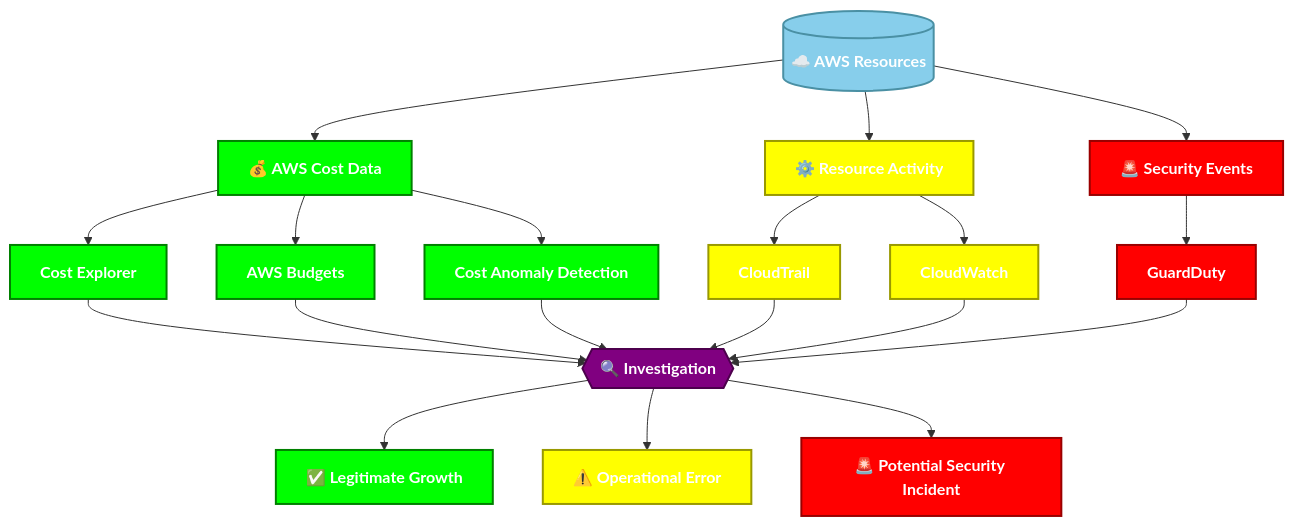
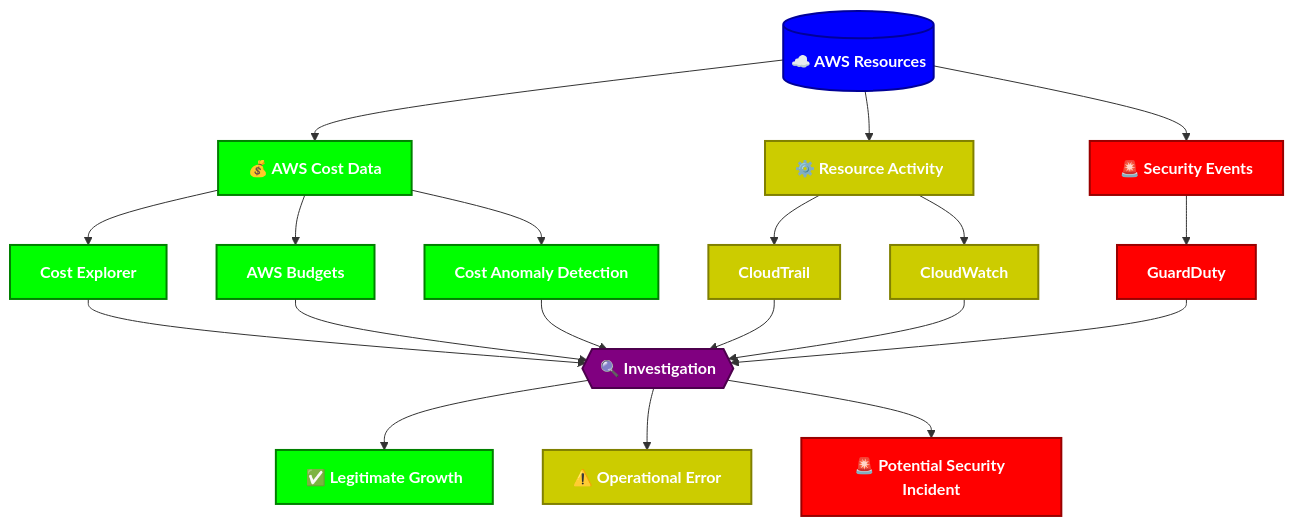
The diagram in 01 - AWS Cloud Cost Intelligence.md (mbeeudo/-oakforge-aws-cloud-transformation), drawn with Mermaid before and after one commit.

Commit message:
Update color styles in AWS Cloud Cost Intelligence

````diff
--- a/01 - AWS Cloud Cost Intelligence.md
+++ b/01 - AWS Cloud Cost Intelligence.md
@@ -32,41 +32,41 @@
 ```mermaid
 flowchart TD
     A[("☁️ AWS Resources")] --> B["💰 AWS Cost Data"]
     A --> C["⚙️ Resource Activity"]
     A --> D["🚨 Security Events"]
 
     B --> E["Cost Explorer"]
     B --> F["AWS Budgets"]
     B --> G["Cost Anomaly Detection"]
 
     C --> H["CloudTrail"]
     C --> I["CloudWatch"]
 
     D --> J["GuardDuty"]
 
     E --> K{{"🔍 Investigation"}}
     F --> K
     G --> K
     H --> K
     I --> K
     J --> K
 
     K --> L["✅ Legitimate Growth"]
     K --> M["⚠️ Operational Error"]
     K --> N["🚨 Potential Security Incident"]
 
-    style A fill:#87CEEB,stroke:#4a90a4,color:#ffffff,stroke-width:2px,font-weight:bold
+    style A fill:#0000FF,stroke:#000099,color:#ffffff,stroke-width:2px,font-weight:bold
     style B fill:#00FF00,stroke:#008000,color:#ffffff,stroke-width:2px,font-weight:bold
-    style C fill:#FFFF00,stroke:#999900,color:#ffffff,stroke-width:2px,font-weight:bold
+    style C fill:#CCCC00,stroke:#808000,color:#ffffff,stroke-width:2px,font-weight:bold
     style D fill:#FF0000,stroke:#990000,color:#ffffff,stroke-width:2px,font-weight:bold
     style E fill:#00FF00,stroke:#008000,color:#ffffff,stroke-width:2px,font-weight:bold
     style F fill:#00FF00,stroke:#008000,color:#ffffff,stroke-width:2px,font-weight:bold
     style G fill:#00FF00,stroke:#008000,color:#ffffff,stroke-width:2px,font-weight:bold
-    style H fill:#FFFF00,stroke:#999900,color:#ffffff,stroke-width:2px,font-weight:bold
-    style I fill:#FFFF00,stroke:#999900,color:#ffffff,stroke-width:2px,font-weight:bold
+    style H fill:#CCCC00,stroke:#808000,color:#ffffff,stroke-width:2px,font-weight:bold
+    style I fill:#CCCC00,stroke:#808000,color:#ffffff,stroke-width:2px,font-weight:bold
     style J fill:#FF0000,stroke:#990000,color:#ffffff,stroke-width:2px,font-weight:bold
     style K fill:#800080,stroke:#4d004d,color:#ffffff,stroke-width:2px,font-weight:bold
     style L fill:#00FF00,stroke:#008000,color:#ffffff,stroke-width:2px,font-weight:bold
-    style M fill:#FFFF00,stroke:#999900,color:#ffffff,stroke-width:2px,font-weight:bold
+    style M fill:#CCCC00,stroke:#808000,color:#ffffff,stroke-width:2px,font-weight:bold
     style N fill:#FF0000,stroke:#990000,color:#ffffff,stroke-width:2px,font-weight:bold
 ```
````
